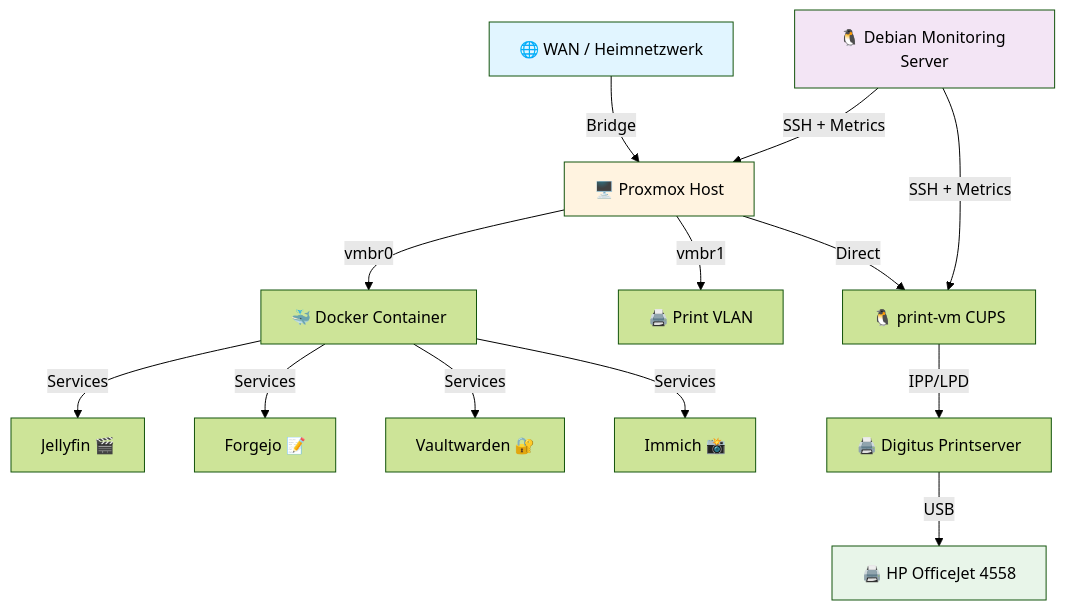
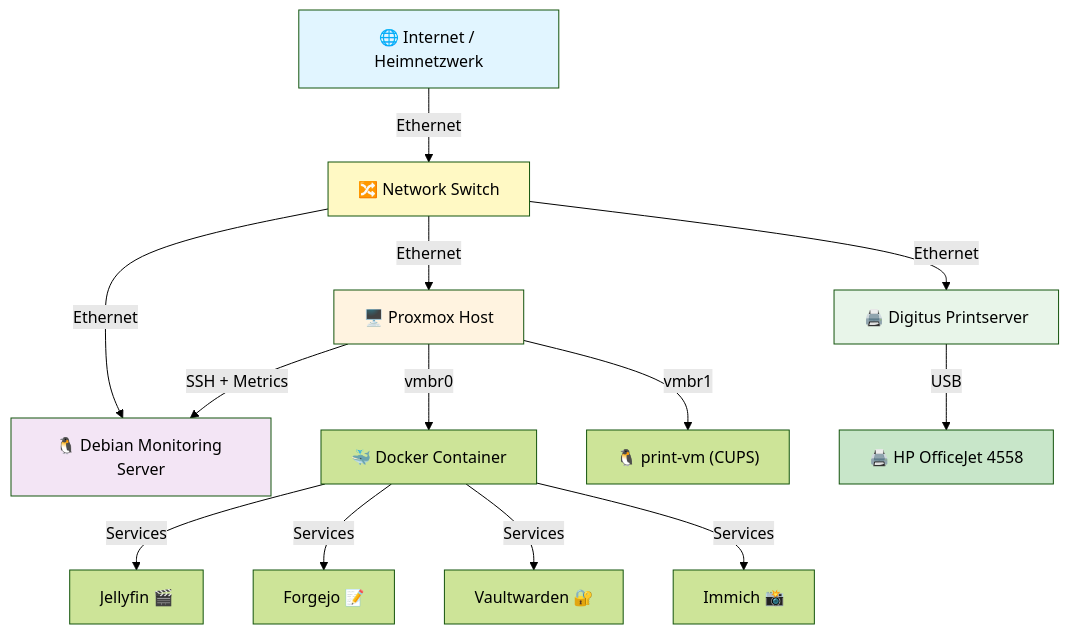
Before and after one commit to Hoinkkoma/homlap-: the diagram in README.md, drawn with Mermaid (forest theme). The commit also changed other lines of this file, not shown here.

Commit message:
Update Netzwerk-Topologie: Internet-Switch verbindet Proxmox, Debian, und Digitus Printserver

````diff
--- a/README.md
+++ b/README.md
@@ -117,24 +140,29 @@
 ```mermaid
 graph TD
-    A["🌐 WAN / Heimnetzwerk"] -->|Bridge| B["🖥️ Proxmox Host"]
+    WAN["🌐 Internet / Heimnetzwerk"]
+    SW["🔀 Network Switch"]
     
-    B -->|vmbr0| C["🐳 Docker Container"]
-    B -->|vmbr1| D["🖨️ Print VLAN"]
-    B -->|Direct| E["🐧 print-vm CUPS"]
+    WAN -->|Ethernet| SW
     
-    F["🐧 Debian Monitoring Server"] -->|SSH + Metrics| B
-    F -->|SSH + Metrics| E
+    SW -->|Ethernet| PROX["🖥️ Proxmox Host"]
+    SW -->|Ethernet| DEB["🐧 Debian Monitoring Server"]
+    SW -->|Ethernet| DIGI["🖨️ Digitus Printserver"]
     
-    E -->|IPP/LPD| G["🖨️ Digitus Printserver"]
-    G -->|USB| H["🖨️ HP OfficeJet 4558"]
+    PROX -->|SSH + Metrics| DEB
+    PROX -->|vmbr0| DOCKER["🐳 Docker Container"]
+    PROX -->|vmbr1| PRINT_VM["🐧 print-vm (CUPS)"]
     
-    C -->|Services| I["Jellyfin 🎬"]
-    C -->|Services| J["Forgejo 📝"]
-    C -->|Services| K["Vaultwarden 🔐"]
-    C -->|Services| L["Immich 📸"]
+    DOCKER -->|Services| JELLY["Jellyfin 🎬"]
+    DOCKER -->|Services| FORGE["Forgejo 📝"]
+    DOCKER -->|Services| VAULT["Vaultwarden 🔐"]
+    DOCKER -->|Services| IMMICH["Immich 📸"]
     
-    style A fill:#e1f5ff
-    style B fill:#fff3e0
-    style F fill:#f3e5f5
-    style H fill:#e8f5e9
+    DIGI -->|USB| HP["🖨️ HP OfficeJet 4558"]
+    
+    style WAN fill:#e1f5ff
+    style SW fill:#fff9c4
+    style PROX fill:#fff3e0
+    style DEB fill:#f3e5f5
+    style DIGI fill:#e8f5e9
+    style HP fill:#c8e6c9
 ```
````
